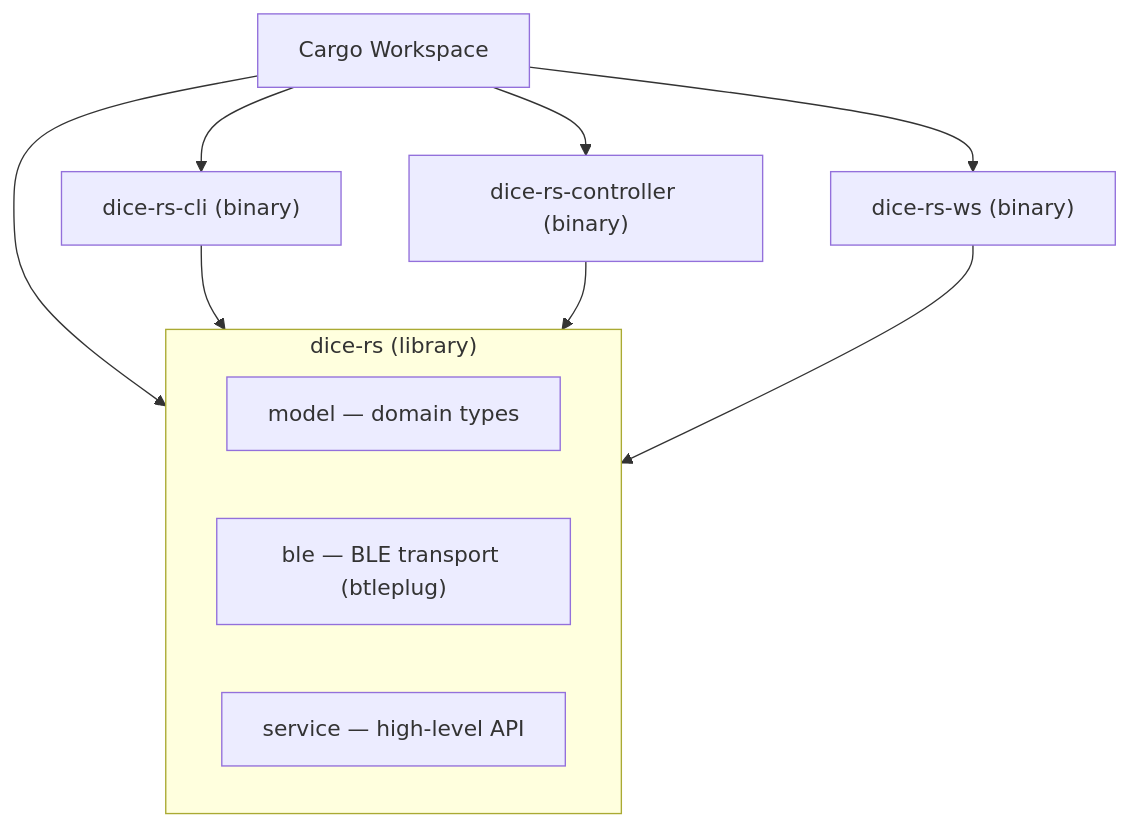
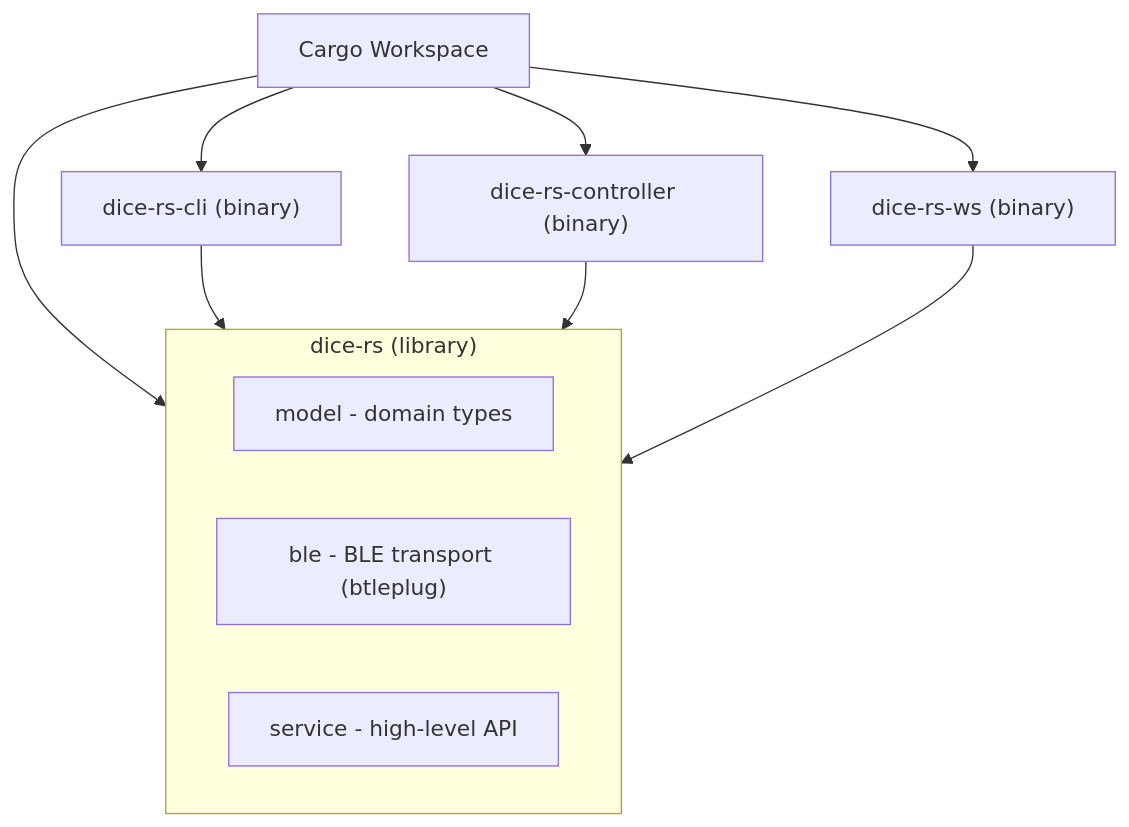
One commit to smearor/dice-rs changed the second of 34 diagrams in concepts/planned/DICE_RS.md. Above: the diagram before and after it, drawn with Mermaid. The commit also changed other lines of this file and 35 other files, not shown here.

````diff
--- a/concepts/planned/DICE_RS.md
+++ b/concepts/planned/DICE_RS.md
@@ -217,23 +217,23 @@
 ```mermaid
 flowchart TB
     workspace["Cargo Workspace"]
 
     subgraph diceRs["dice-rs (library)"]
-        model["model — domain types"]
-        ble["ble — BLE transport (btleplug)"]
-        service["service — high-level API"]
+        model["model - domain types"]
+        ble["ble - BLE transport (btleplug)"]
+        service["service - high-level API"]
     end
 
     diceRsCli["dice-rs-cli (binary)"]
     diceRsController["dice-rs-controller (binary)"]
     diceRsWs["dice-rs-ws (binary)"]
 
     workspace --> diceRs
     workspace --> diceRsCli
     workspace --> diceRsController
     workspace --> diceRsWs
 
     diceRsCli --> diceRs
     diceRsController --> diceRs
     diceRsWs --> diceRs
 ```
````
